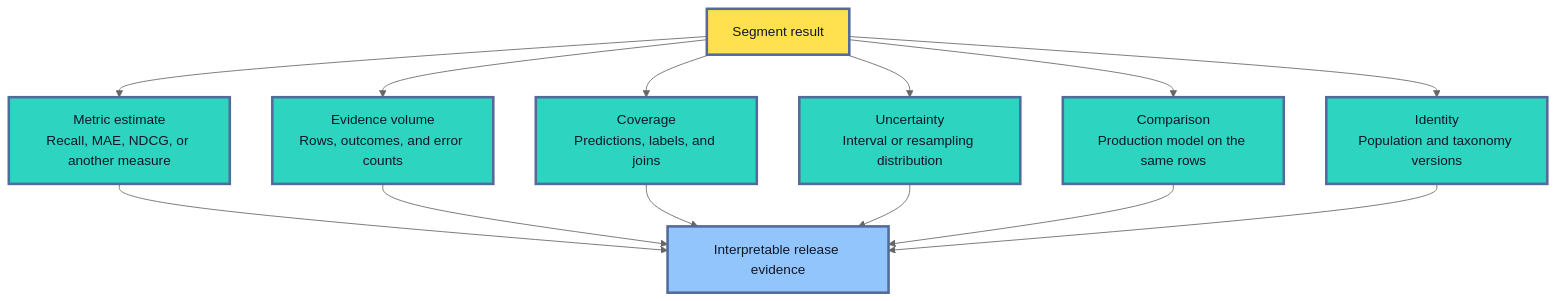
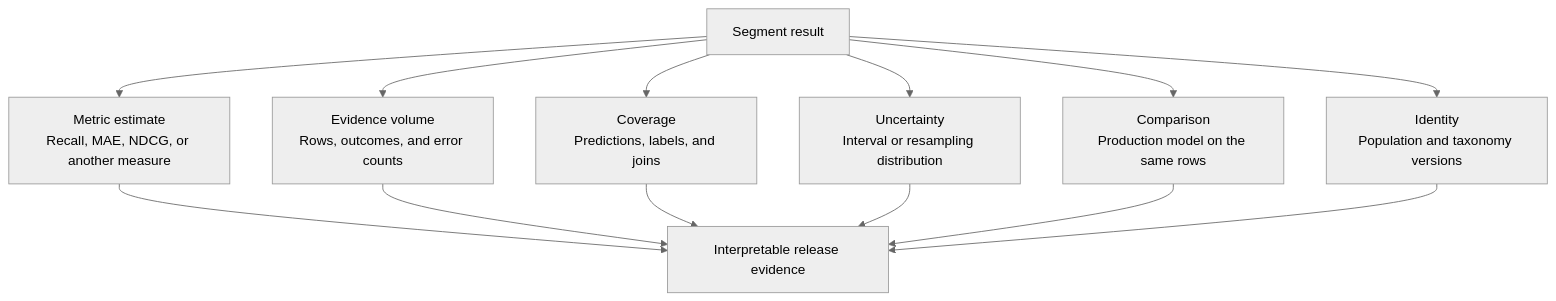
Before and after one commit to senlinyy/dev-roadmaps: the sixth of 12 diagrams in roadmaps/mlops/modules/model-evaluation/production-readiness/01-segment-evaluation-edge-cases.md, drawn with Mermaid (neutral theme). The commit also changed other lines of this file and 152 other files, not shown here.

Commit message:
feat: mlops and diagrams updated

````diff
--- a/roadmaps/mlops/modules/model-evaluation/production-readiness/01-segment-evaluation-edge-cases.md
+++ b/roadmaps/mlops/modules/model-evaluation/production-readiness/01-segment-evaluation-edge-cases.md
@@ -381,22 +366,19 @@
 ```mermaid
 flowchart TD
     A["Segment result"] --> B["Metric estimate<br/>Recall, MAE, NDCG, or another measure"]
     A --> C["Evidence volume<br/>Rows, outcomes, and error counts"]
     A --> D["Coverage<br/>Predictions, labels, and joins"]
     A --> E["Uncertainty<br/>Interval or resampling distribution"]
     A --> F["Comparison<br/>Production model on the same rows"]
     A --> G["Identity<br/>Population and taxonomy versions"]
     B --> H["Interpretable release evidence"]
     C --> H
     D --> H
     E --> H
     F --> H
     G --> H
 
-    classDef result fill:#FFE04F,stroke:#536A9A,stroke-width:3px,color:#111827
-    classDef context fill:#2DD4BF,stroke:#536A9A,stroke-width:3px,color:#0F172A
-    classDef decision fill:#93C5FD,stroke:#536A9A,stroke-width:3px,color:#0F172A
     class A result
     class B,C,D,E,F,G context
     class H decision
 ```
````
